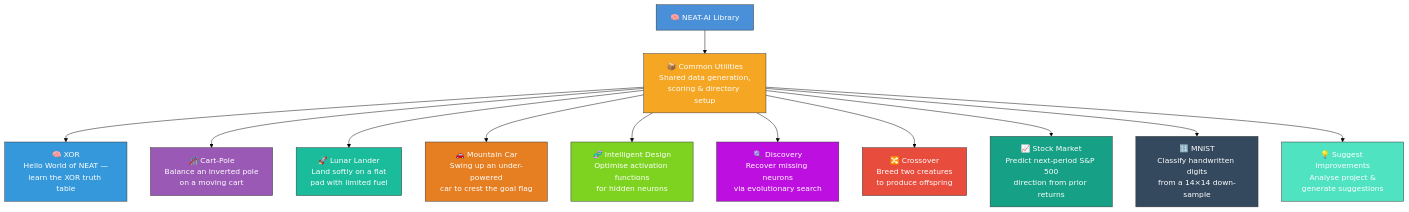
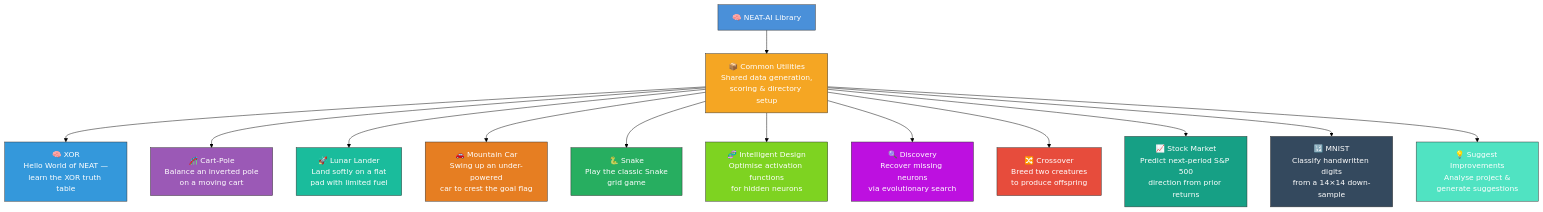
Before and after one commit to stSoftwareAU/NEAT-AI-Examples: the first of 4 diagrams in README.md, drawn with Mermaid (forest theme). The commit also changed other lines of this file and 13 other files, not shown here.

First line of the commit message:
Add Snake game example with animated playthrough SVG (#81)

````diff
--- a/README.md
+++ b/README.md
@@ -81,41 +91,44 @@
 ```mermaid
 flowchart TD
     NEAT["🧠 NEAT-AI Library"]
     COMMON["📦 Common Utilities<br/>Shared data generation,<br/>scoring & directory setup"]
 
     XOR["🧠 XOR<br/>Hello World of NEAT —<br/>learn the XOR truth table"]
     CART["🎢 Cart-Pole<br/>Balance an inverted pole<br/>on a moving cart"]
     LUNAR["🚀 Lunar Lander<br/>Land softly on a flat<br/>pad with limited fuel"]
     MCAR["🚗 Mountain Car<br/>Swing up an under-powered<br/>car to crest the goal flag"]
+    SNAKE["🐍 Snake<br/>Play the classic Snake<br/>grid game"]
     ID["🧬 Intelligent Design<br/>Optimise activation functions<br/>for hidden neurons"]
     DISC["🔍 Discovery<br/>Recover missing neurons<br/>via evolutionary search"]
     CROSS["🔀 Crossover<br/>Breed two creatures<br/>to produce offspring"]
     STOCK["📈 Stock Market<br/>Predict next-period S&P 500<br/>direction from prior returns"]
     MNIST["🔢 MNIST<br/>Classify handwritten digits<br/>from a 14×14 down-sample"]
     SUGGEST["💡 Suggest Improvements<br/>Analyse project &<br/>generate suggestions"]
 
     NEAT --> COMMON
     COMMON --> XOR
     COMMON --> CART
     COMMON --> LUNAR
     COMMON --> MCAR
+    COMMON --> SNAKE
     COMMON --> ID
     COMMON --> DISC
     COMMON --> CROSS
     COMMON --> STOCK
     COMMON --> MNIST
     COMMON --> SUGGEST
 
     style NEAT fill:#4a90d9,stroke:#333,color:#fff
     style COMMON fill:#f5a623,stroke:#333,color:#fff
     style XOR fill:#3498db,stroke:#333,color:#fff
     style CART fill:#9b59b6,stroke:#333,color:#fff
     style LUNAR fill:#1abc9c,stroke:#333,color:#fff
     style MCAR fill:#e67e22,stroke:#333,color:#fff
+    style SNAKE fill:#27ae60,stroke:#333,color:#fff
     style ID fill:#7ed321,stroke:#333,color:#fff
     style DISC fill:#bd10e0,stroke:#333,color:#fff
     style CROSS fill:#e74c3c,stroke:#333,color:#fff
     style STOCK fill:#16a085,stroke:#333,color:#fff
     style MNIST fill:#34495e,stroke:#333,color:#fff
     style SUGGEST fill:#50e3c2,stroke:#333,color:#fff
 ```
````
